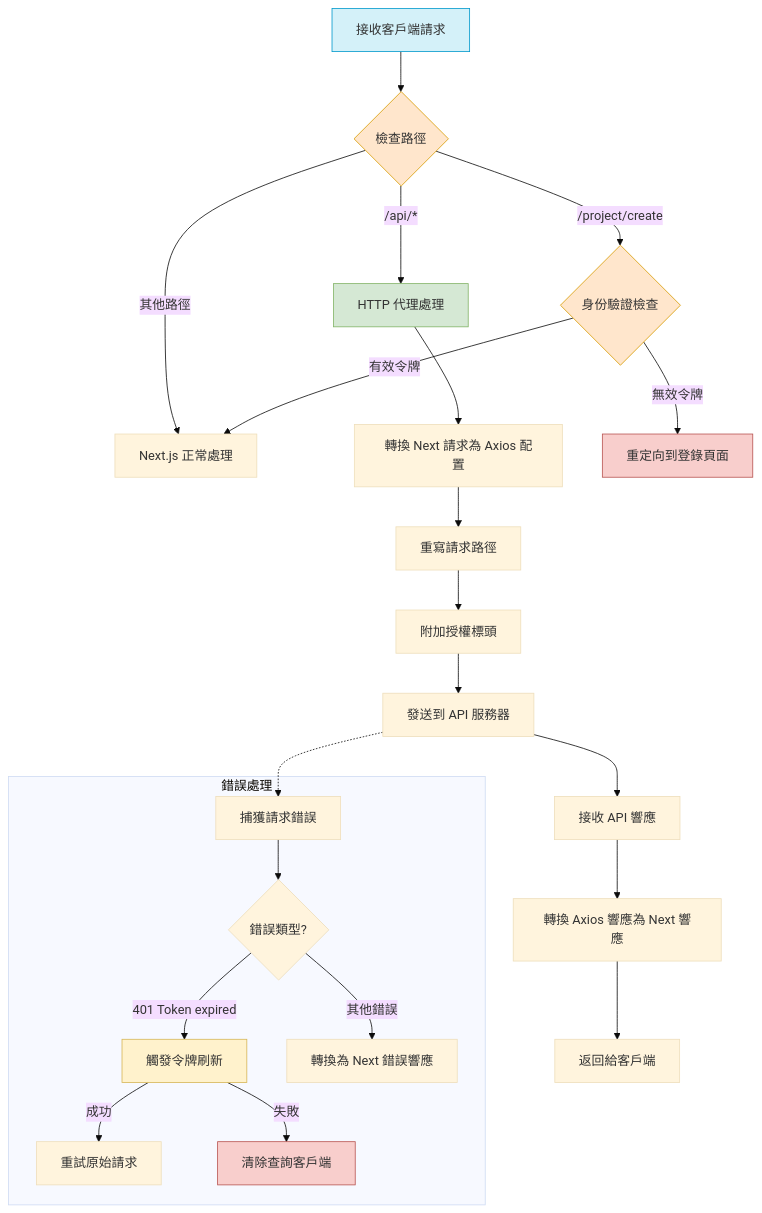
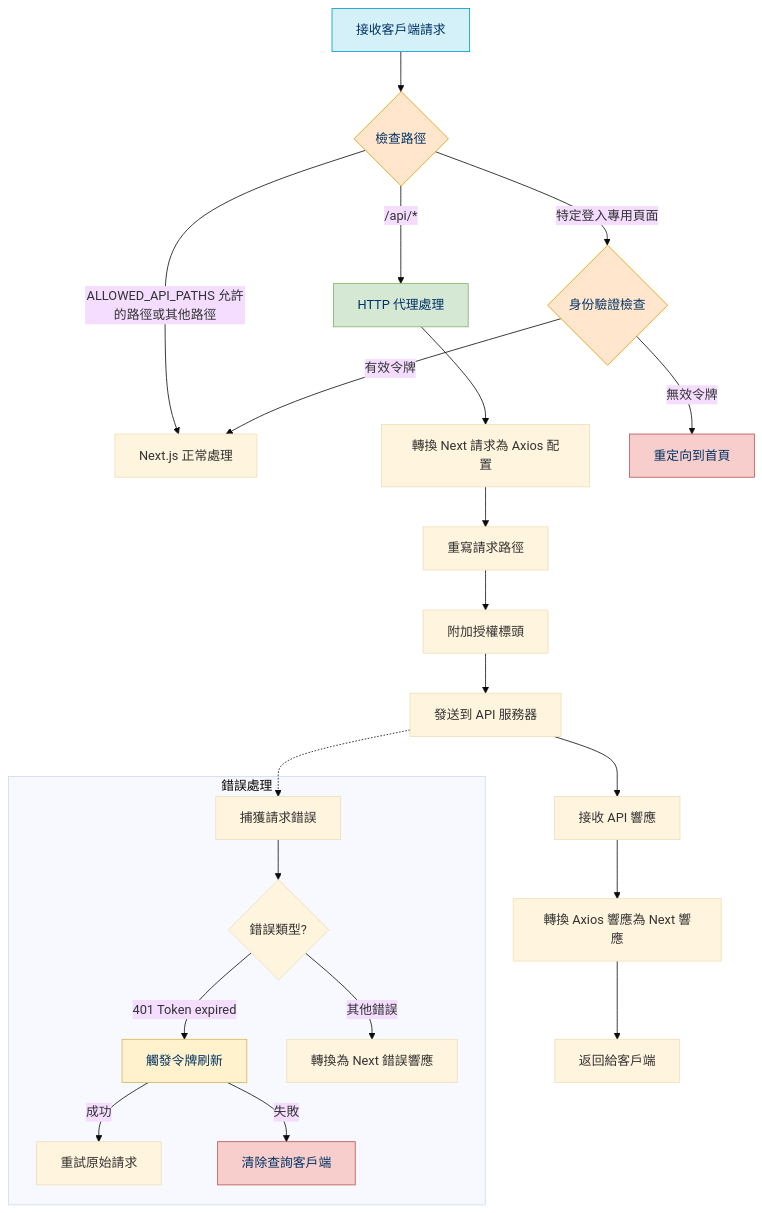
The second of 2 diagrams in docs/api.md (co-side/coside-web), drawn with Mermaid (base theme) before and after one commit. The commit also changed other lines of this file and 14 other files, not shown here.

````diff
--- a/docs/api.md
+++ b/docs/api.md
@@ -305,39 +222,39 @@
 ```mermaid
 flowchart TD
     A[接收客戶端請求] --> B{檢查路徑}
     
     B -->|/api/*| C[HTTP 代理處理]
-    B -->|/project/create| D{身份驗證檢查}
-    B -->|其他路徑| E[Next.js 正常處理]
+    B -->|特定登入專用頁面| D{身份驗證檢查}
+    B -->|ALLOWED_API_PATHS 允許的路徑或其他路徑| E[Next.js 正常處理]
     
     C --> F[轉換 Next 請求為 Axios 配置]
     F --> G[重寫請求路徑]
     G --> H[附加授權標頭]
     H --> I[發送到 API 服務器]
     I --> J[接收 API 響應]
     J --> K[轉換 Axios 響應為 Next 響應]
     K --> L[返回給客戶端]
     
     D -->|有效令牌| E
-    D -->|無效令牌| M[重定向到登錄頁面]
+    D -->|無效令牌| M[重定向到首頁]
     
     subgraph 錯誤處理
     N[捕獲請求錯誤]
     O{錯誤類型?}
     O -->|401 Token expired| P[觸發令牌刷新]
     O -->|其他錯誤| Q[轉換為 Next 錯誤響應]
     P -->|成功| R[重試原始請求]
     P -->|失敗| S[清除查詢客戶端]
     end
     
     I -.-> N
     N --> O
     
-    style A fill:#d4f1f9,stroke:#0099cc
-    style B fill:#ffe6cc,stroke:#d79b00
-    style C fill:#d5e8d4,stroke:#82b366
-    style D fill:#ffe6cc,stroke:#d79b00
-    style M fill:#f8cecc,stroke:#b85450
-    style P fill:#fff2cc,stroke:#d6b656
-    style S fill:#f8cecc,stroke:#b85450
+    style A fill:#d4f1f9,stroke:#0099cc,color:#003366
+    style B fill:#ffe6cc,stroke:#d79b00,color:#003366
+    style C fill:#d5e8d4,stroke:#82b366,color:#003366
+    style D fill:#ffe6cc,stroke:#d79b00,color:#003366
+    style M fill:#f8cecc,stroke:#b85450,color:#003366
+    style P fill:#fff2cc,stroke:#d6b656,color:#003366
+    style S fill:#f8cecc,stroke:#b85450,color:#003366
 ```
````
